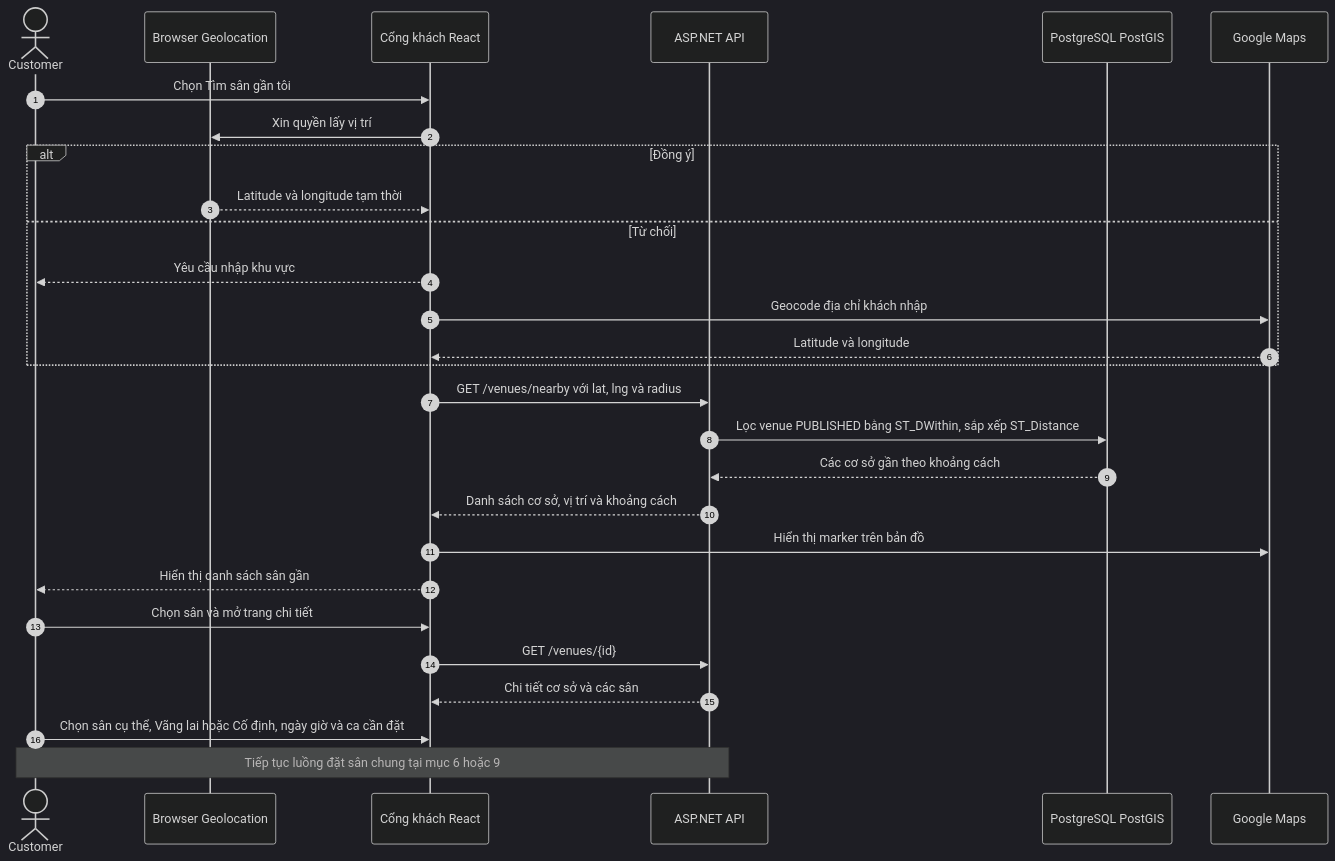
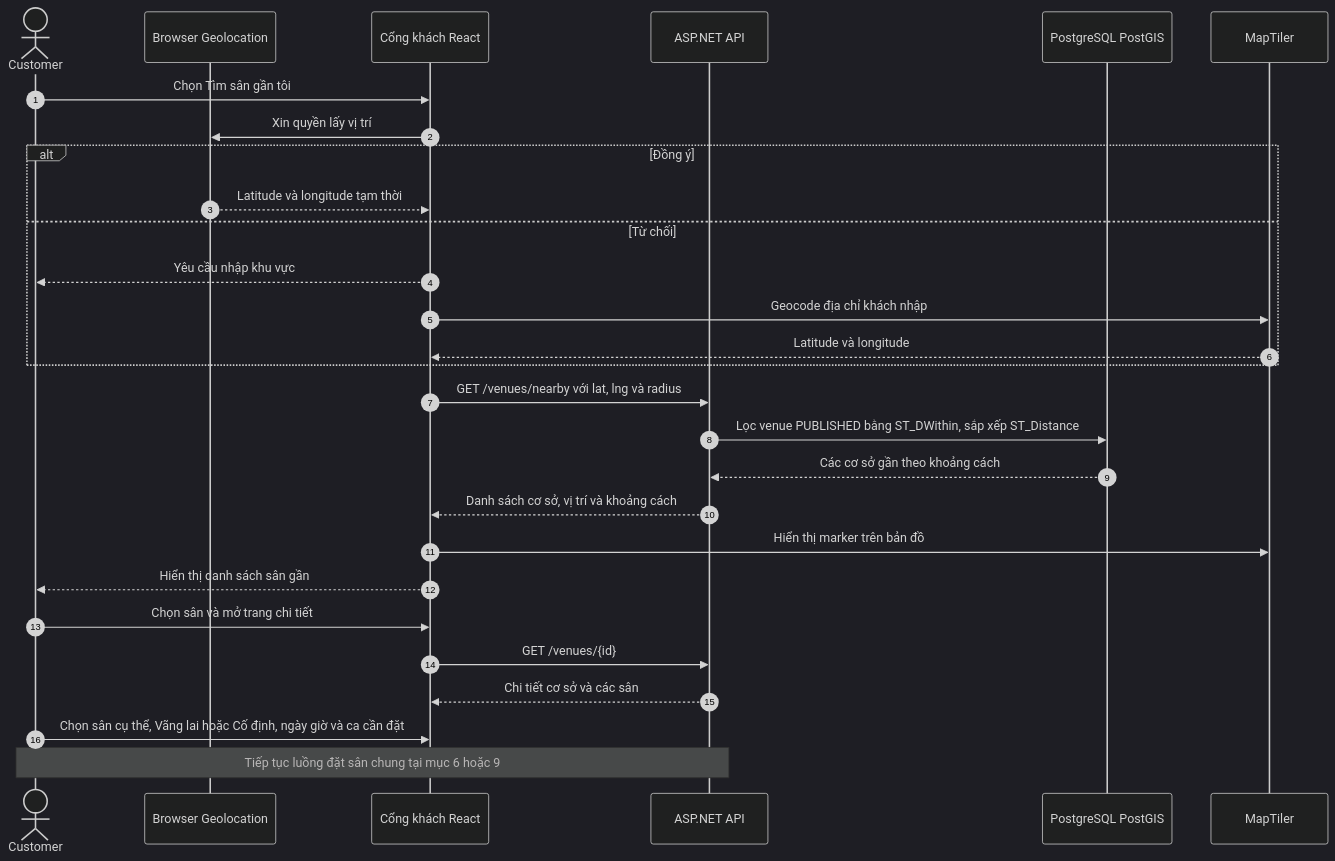
Before and after one commit to nguyendingluong20225878/ShuttleBook: the eighth of 12 diagrams in docs/02-states-and-sequences.md, drawn with Mermaid (dark theme). The commit also changed 35 other files, not shown here.

Commit message:
feat(f02): add partner onboarding and MapTiler

````diff
--- a/docs/02-states-and-sequences.md
+++ b/docs/02-states-and-sequences.md
@@ -156,31 +156,31 @@
 ```mermaid
 sequenceDiagram
     autonumber
     actor C as Customer
     participant GEO as Browser Geolocation
     participant UI as Cổng khách React
     participant API as ASP.NET API
     participant DB as PostgreSQL PostGIS
-    participant MAP as Google Maps
+    participant MAP as MapTiler
 
     C->>UI: Chọn Tìm sân gần tôi
     UI->>GEO: Xin quyền lấy vị trí
     alt Đồng ý
       GEO-->>UI: Latitude và longitude tạm thời
     else Từ chối
       UI-->>C: Yêu cầu nhập khu vực
       UI->>MAP: Geocode địa chỉ khách nhập
       MAP-->>UI: Latitude và longitude
     end
     UI->>API: GET /venues/nearby với lat, lng và radius
     API->>DB: Lọc venue PUBLISHED bằng ST_DWithin, sắp xếp ST_Distance
     DB-->>API: Các cơ sở gần theo khoảng cách
     API-->>UI: Danh sách cơ sở, vị trí và khoảng cách
     UI->>MAP: Hiển thị marker trên bản đồ
     UI-->>C: Hiển thị danh sách sân gần
     C->>UI: Chọn sân và mở trang chi tiết
     UI->>API: GET /venues/{id}
     API-->>UI: Chi tiết cơ sở và các sân
     C->>UI: Chọn sân cụ thể, Vãng lai hoặc Cố định, ngày giờ và ca cần đặt
     Note over C,API: Tiếp tục luồng đặt sân chung tại mục 6 hoặc 9
 ```
````
